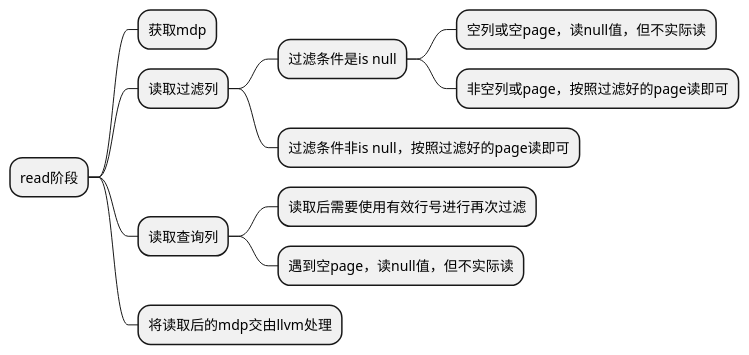
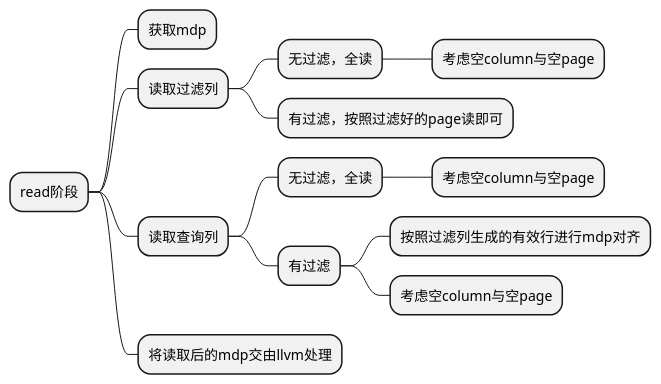
The third of 20 diagrams in 东方国信工作资料/点查询/pageindex过滤相关功能.md (HarpsealCC/note), drawn with PlantUML before and after one commit. The commit also changed other lines of this file and 5 other files, not shown here.

````diff
--- a/东方国信工作资料/点查询/pageindex过滤相关功能.md
+++ b/东方国信工作资料/点查询/pageindex过滤相关功能.md
@@ -72,15 +77,17 @@
 ```plantuml
 @startmindmap
 * read阶段
 ** 获取mdp
 ** 读取过滤列
-*** 过滤条件是is null
-**** 空列或空page，读null值，但不实际读
-**** 非空列或page，按照过滤好的page读即可
-*** 过滤条件非is null，按照过滤好的page读即可
+*** 无过滤，全读
+**** 考虑空column与空page
+*** 有过滤，按照过滤好的page读即可
 ** 读取查询列
-*** 读取后需要使用有效行号进行再次过滤
-*** 遇到空page，读null值，但不实际读
+*** 无过滤，全读
+**** 考虑空column与空page
+*** 有过滤
+**** 按照过滤列生成的有效行进行mdp对齐
+**** 考虑空column与空page
 ** 将读取后的mdp交由llvm处理
 @endmindmap
 ```
````
